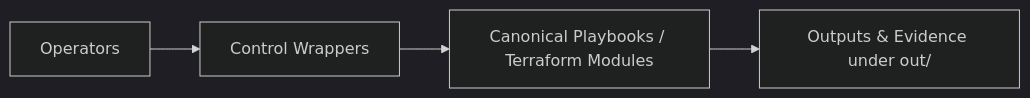
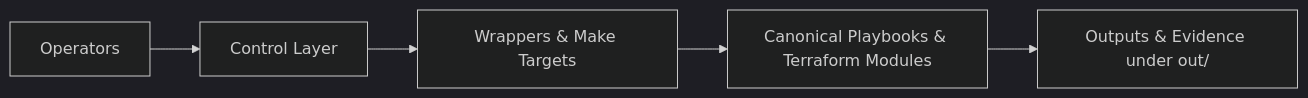
Before and after one commit to jeleel-muibi/hybridops.studio: the diagram in control/README.md, drawn with Mermaid (dark theme). The commit also changed other lines of this file and 494 other files, not shown here.

````diff
--- a/control/README.md
+++ b/control/README.md
@@ -3,6 +3,7 @@
 ```mermaid
 graph LR
-  A[Operators] --> B[Control Wrappers]
-  B --> C[Canonical Playbooks / Terraform Modules]
-  C --> D[Outputs & Evidence under out/]
+  A[Operators] --> B[Control Layer]
+  B --> C[Wrappers & Make Targets]
+  C --> D[Canonical Playbooks & Terraform Modules]
+  D --> E[Outputs & Evidence under out/]
 ```
````
